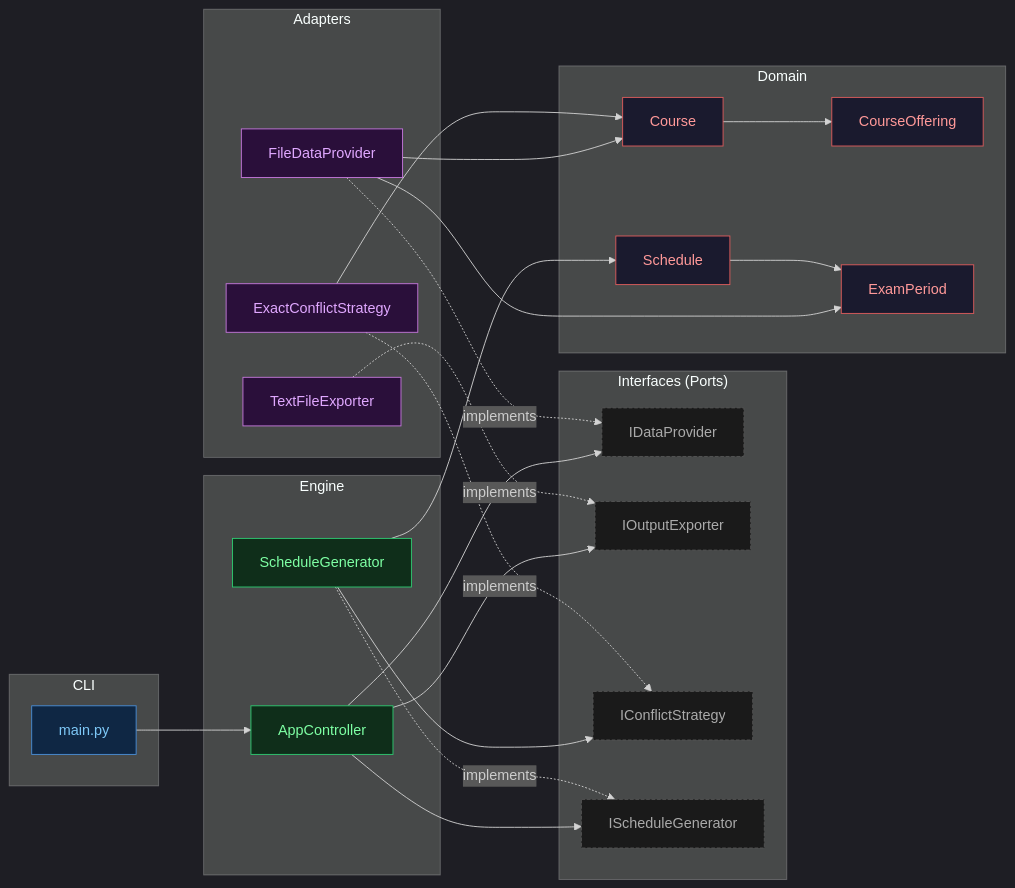
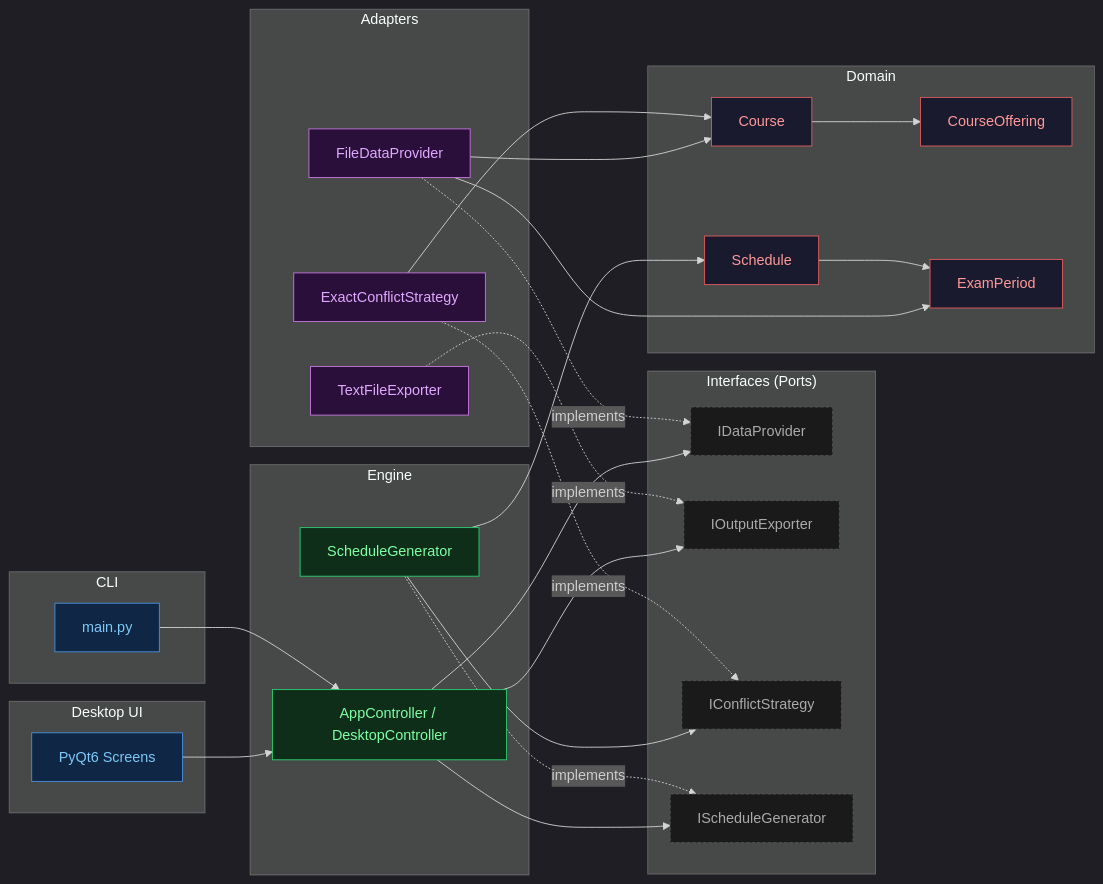
The second of 4 diagrams in README.md (ron-ladin/examSchedule), drawn with Mermaid before and after one commit. The commit also changed other lines of this file and 2 other files, not shown here.

Commit message:
SCRUM-111 Update test specification for desktop test scope

````diff
--- a/README.md
+++ b/README.md
@@ -130,52 +138,57 @@
 ```mermaid
 %%{init: {'theme': 'dark'}}%%
 flowchart LR
     classDef cli     fill:#0f2744,stroke:#4a90d9,color:#7ec8f7
     classDef engine  fill:#0f2e1a,stroke:#2ecc71,color:#7effa4
     classDef iface   fill:#1a1a1a,stroke:#555,color:#aaa,stroke-dasharray:4 2
     classDef adapter fill:#2a0f3a,stroke:#c678dd,color:#e0a8ff
     classDef domain  fill:#1a1a2e,stroke:#e05c5c,color:#ff9999
 
+    subgraph UI_LAYER["Desktop UI"]
+        UI["PyQt6 Screens"]:::cli
+    end
+
     subgraph CLI_LAYER["CLI"]
         main["main.py"]:::cli
     end
 
     subgraph ENGINE_LAYER["Engine"]
-        AC["AppController"]:::engine
+        AC["AppController / DesktopController"]:::engine
         SG["ScheduleGenerator"]:::engine
     end
 
     subgraph IFACE_LAYER["Interfaces (Ports)"]
         IDP["IDataProvider"]:::iface
         IOE["IOutputExporter"]:::iface
         ICS["IConflictStrategy"]:::iface
         ISG["IScheduleGenerator"]:::iface
     end
 
     subgraph ADAPTER_LAYER["Adapters"]
         FDP["FileDataProvider"]:::adapter
         TFE["TextFileExporter"]:::adapter
         ECS["ExactConflictStrategy"]:::adapter
     end
 
     subgraph DOMAIN_LAYER["Domain"]
         C["Course"]:::domain
         CO["CourseOffering"]:::domain
         EP["ExamPeriod"]:::domain
         S["Schedule"]:::domain
     end
 
+    UI --> AC
     main --> AC
     AC --> IDP & IOE & ISG
     SG --> ICS
     SG -. implements .-> ISG
     FDP -. implements .-> IDP
     TFE -. implements .-> IOE
     ECS -. implements .-> ICS
 
     FDP --> C & EP
     ECS --> C
     SG --> S
     S --> EP
     C --> CO
 ```
````
